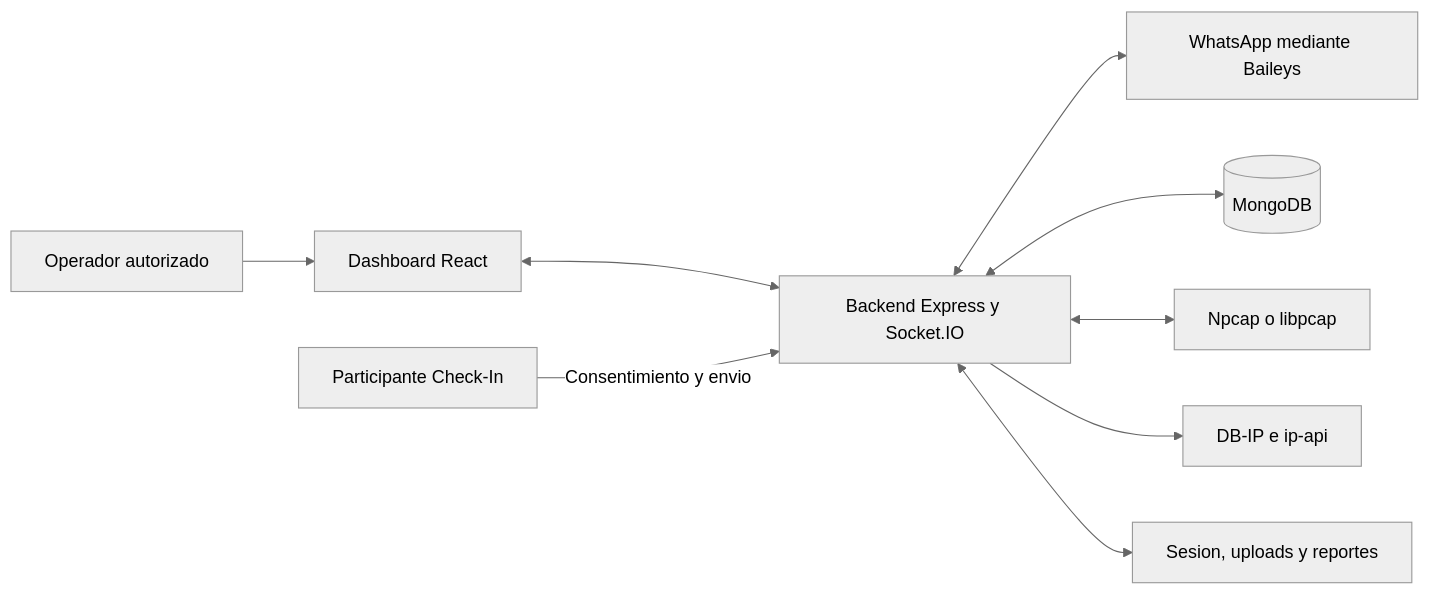
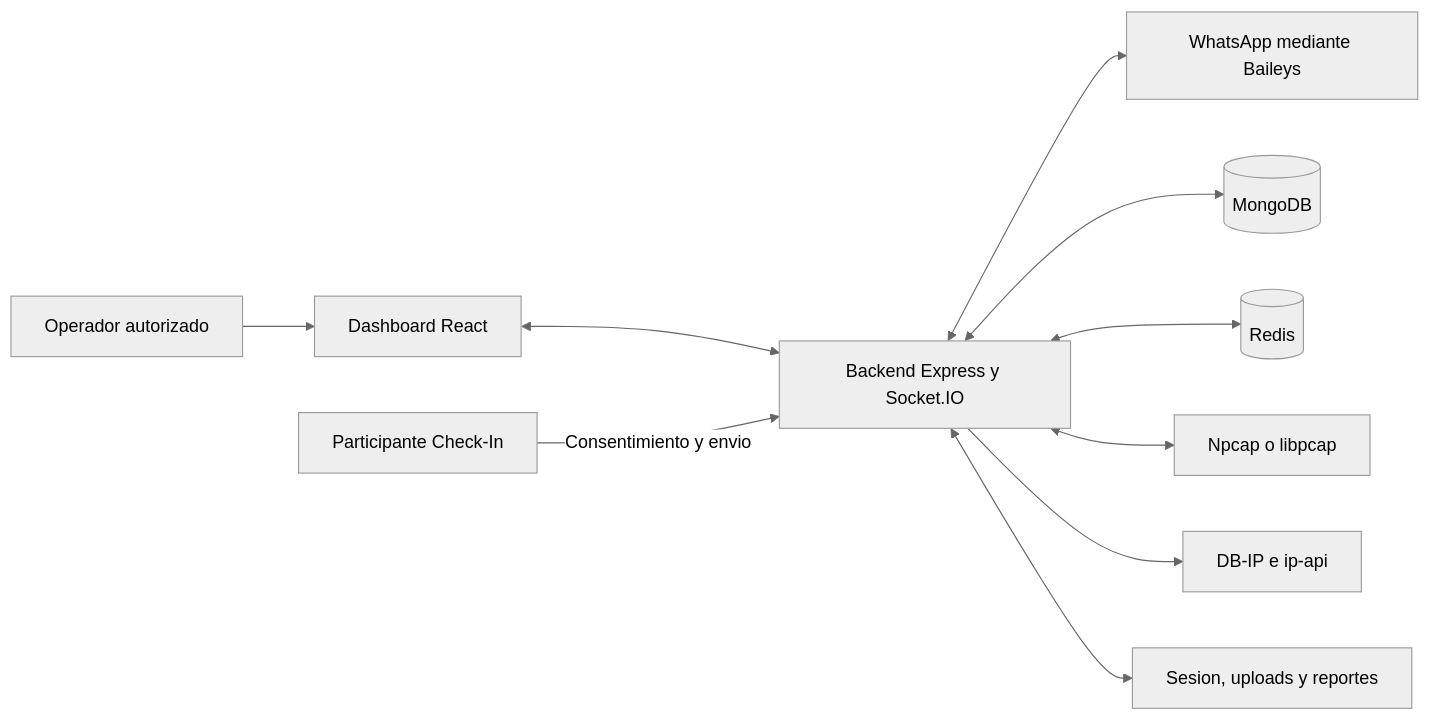
One commit to deco31416/wp-monitor changed the first of 3 diagrams in docs/architecture/README.md. Above: the diagram before and after it, drawn with Mermaid (neutral theme). The commit also changed other lines of this file and 34 other files, not shown here.

````diff
--- a/docs/architecture/README.md
+++ b/docs/architecture/README.md
@@ -37,21 +37,23 @@
 ```mermaid
 flowchart LR
     Operator[Operador autorizado]
     Participant[Participante Check-In]
     Browser[Dashboard React]
     API[Backend Express y Socket.IO]
     WA[WhatsApp mediante Baileys]
     DB[(MongoDB)]
+    Redis[(Redis)]
     Capture[Npcap o libpcap]
     Geo[DB-IP e ip-api]
     Files[Sesion, uploads y reportes]
 
     Operator --> Browser
     Browser <--> API
     API <--> WA
     API <--> DB
+    API <--> Redis
     API <--> Capture
     API --> Geo
     API <--> Files
     Participant -->|Consentimiento y envio| API
 ```
````
